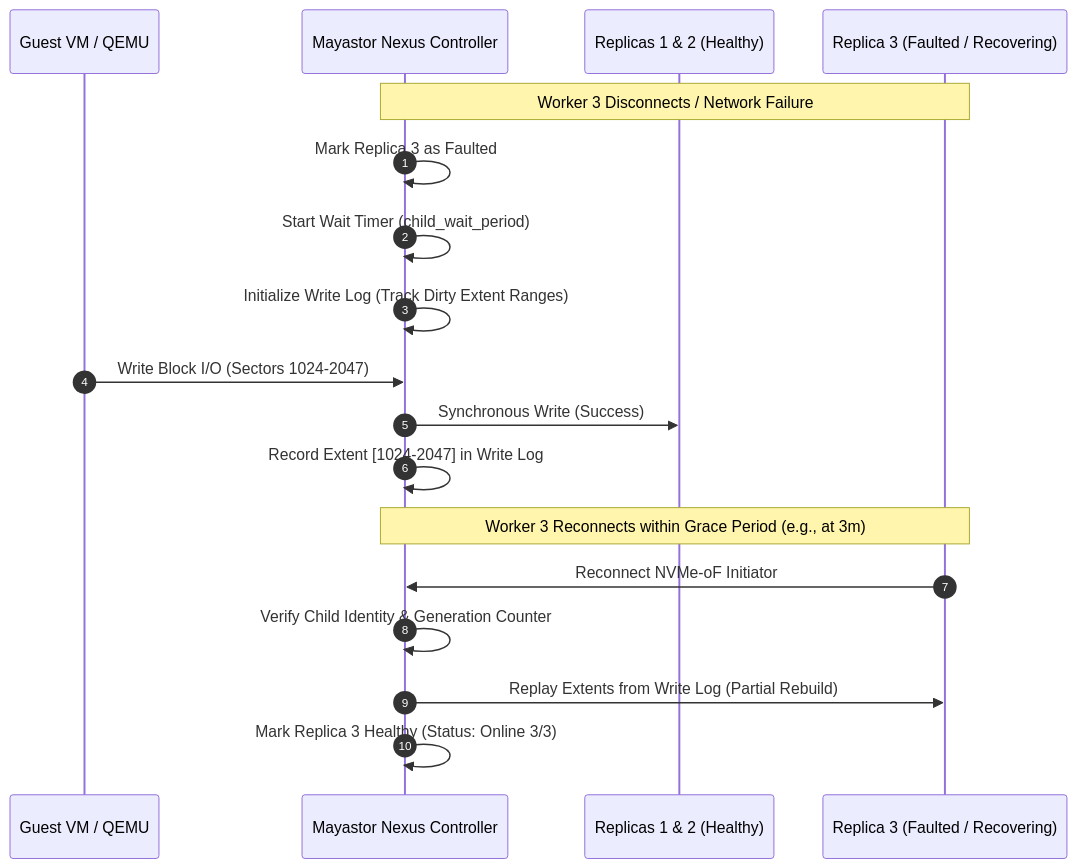
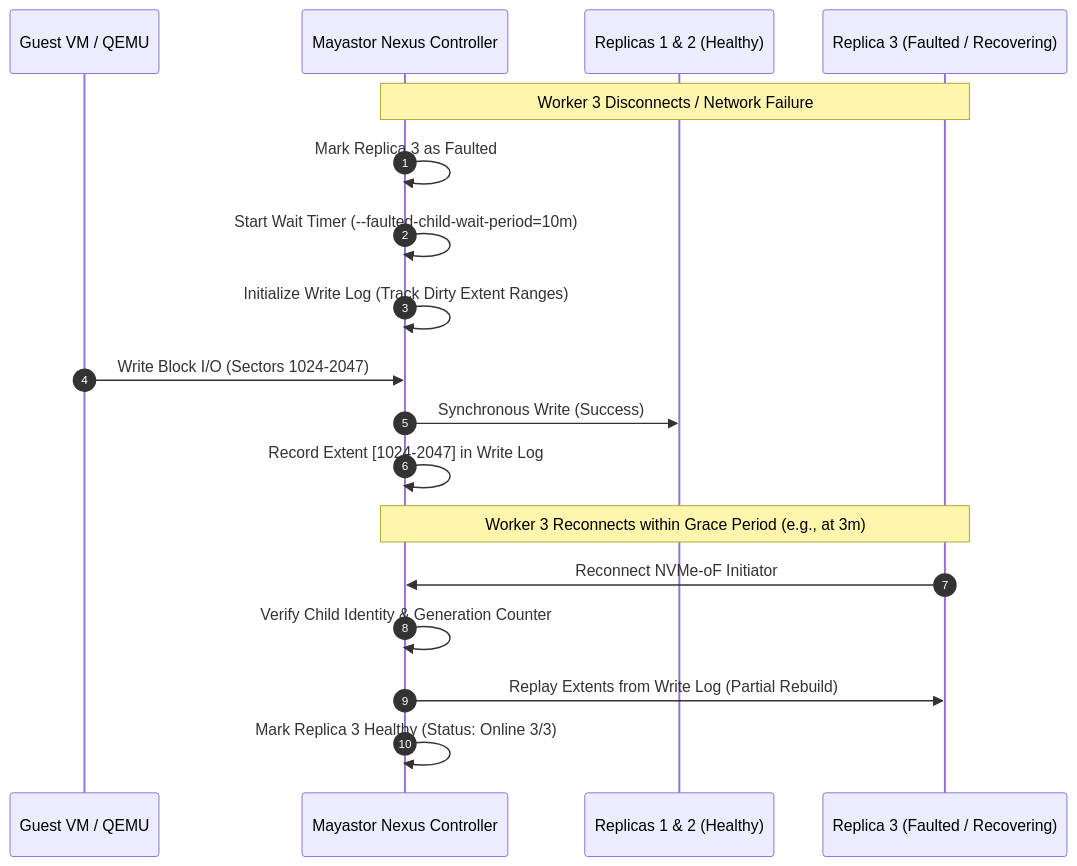
The second of 5 diagrams in docs/storage-architecture-analysis.md (Swapnil220705/k8s-high-performance-storage), drawn with Mermaid before and after one commit. The commit also changed other lines of this file, not shown here.

````diff
--- a/docs/storage-architecture-analysis.md
+++ b/docs/storage-architecture-analysis.md
@@ -73,23 +73,23 @@
 ```mermaid
 sequenceDiagram
     autonumber
     participant Client as Guest VM / QEMU
     participant Nexus as Mayastor Nexus Controller
     participant RepOnline as Replicas 1 & 2 (Healthy)
     participant RepOffline as Replica 3 (Faulted / Recovering)
 
     Note over Nexus,RepOffline: Worker 3 Disconnects / Network Failure
     Nexus->>Nexus: Mark Replica 3 as Faulted
-    Nexus->>Nexus: Start Wait Timer (child_wait_period)
+    Nexus->>Nexus: Start Wait Timer (--faulted-child-wait-period=10m)
     Nexus->>Nexus: Initialize Write Log (Track Dirty Extent Ranges)
     
     Client->>Nexus: Write Block I/O (Sectors 1024-2047)
     Nexus->>RepOnline: Synchronous Write (Success)
     Nexus->>Nexus: Record Extent [1024-2047] in Write Log
     
     Note over Nexus,RepOffline: Worker 3 Reconnects within Grace Period (e.g., at 3m)
     RepOffline->>Nexus: Reconnect NVMe-oF Initiator
     Nexus->>Nexus: Verify Child Identity & Generation Counter
     Nexus->>RepOffline: Replay Extents from Write Log (Partial Rebuild)
     Nexus->>Nexus: Mark Replica 3 Healthy (Status: Online 3/3)
 ```
````
